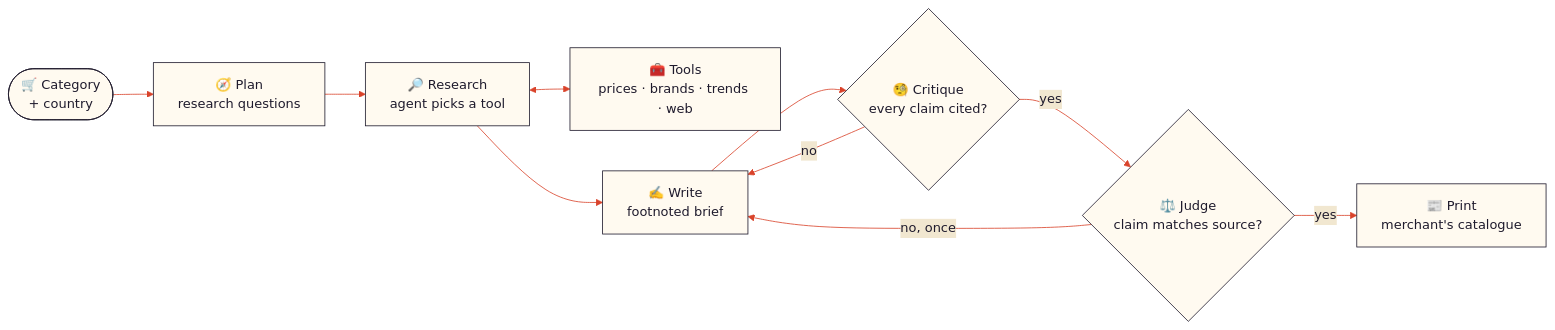
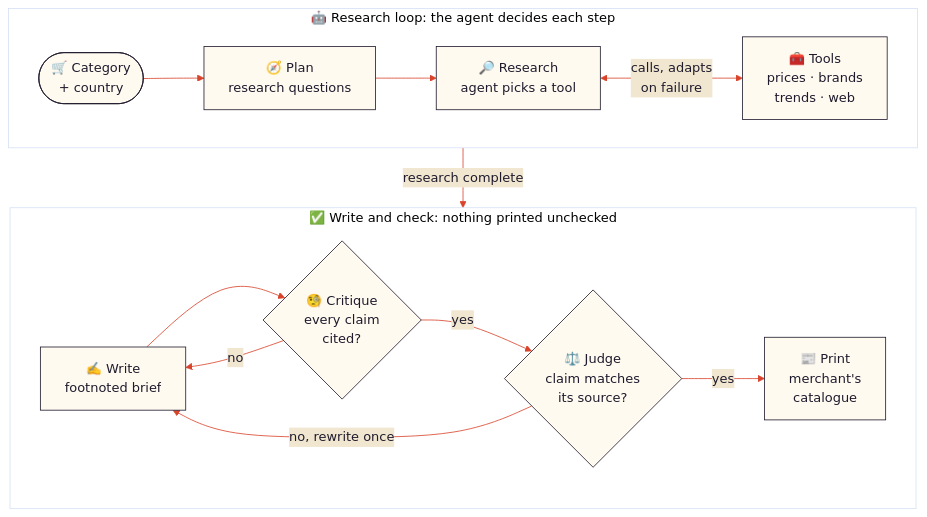
One commit to FrankPonce/market-scout changed the diagram in README.md. Above: the diagram before and after it, drawn with Mermaid. The commit also changed 1 other file, not shown here.

Commit message:
Fit the banner title and lay the workflow diagram out in two rows

````diff
--- a/README.md
+++ b/README.md
@@ -30,13 +30,19 @@
 ```mermaid
 %%{init: {'theme':'base','themeVariables':{'background':'#f1e7d0','primaryColor':'#fffaf0','primaryTextColor':'#1f1b2d','primaryBorderColor':'#1f1b2d','lineColor':'#d9432b','edgeLabelBackground':'#f1e7d0','fontFamily':'Georgia, serif'}}}%%
-flowchart LR
-    Q([🛒 Category<br/>+ country]) --> A[🧭 Plan<br/>research questions]
-    A --> B[🔎 Research<br/>agent picks a tool]
-    B <--> C[🧰 Tools<br/>prices · brands · trends · web]
-    B --> D[✍️ Write<br/>footnoted brief]
-    D --> E{🧐 Critique<br/>every claim cited?}
-    E -- no --> D
-    E -- yes --> F{⚖️ Judge<br/>claim matches source?}
-    F -- no, once --> D
-    F -- yes --> G[📰 Print<br/>merchant's catalogue]
+flowchart TB
+    subgraph R ["🤖 Research loop: the agent decides each step"]
+        direction LR
+        Q([🛒 Category<br/>+ country]) --> A[🧭 Plan<br/>research questions]
+        A --> B[🔎 Research<br/>agent picks a tool]
+        B <-->|calls, adapts<br/>on failure| C[🧰 Tools<br/>prices · brands<br/>trends · web]
+    end
+    subgraph W ["✅ Write and check: nothing printed unchecked"]
+        direction LR
+        D[✍️ Write<br/>footnoted brief] --> E{🧐 Critique<br/>every claim<br/>cited?}
+        E -- no --> D
+        E -- yes --> F{⚖️ Judge<br/>claim matches<br/>its source?}
+        F -- "no, rewrite once" --> D
+        F -- yes --> G[📰 Print<br/>merchant's<br/>catalogue]
+    end
+    R -- research complete --> W
 ```
````
